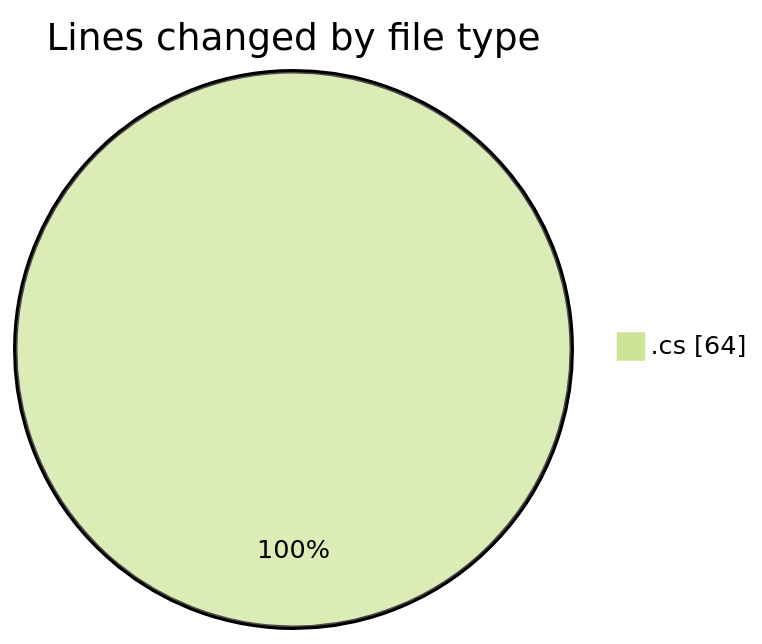
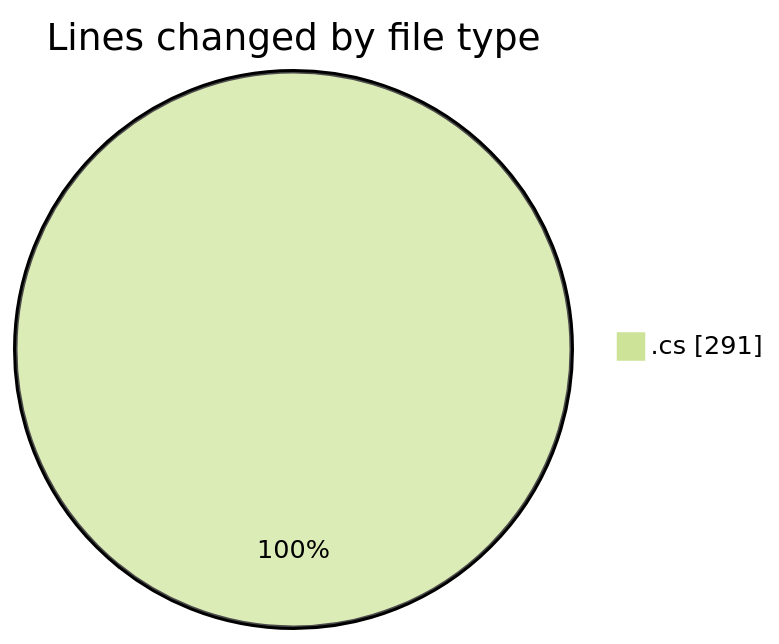
One commit to Netris89/code-tracking changed the first of 2 diagrams in 2025-04-05/back-end/README.md. Above: the diagram before and after it, drawn with Mermaid (forest theme). The commit also changed other lines of this file and 1 other file, not shown here.

````diff
--- a/2025-04-05/back-end/README.md
+++ b/2025-04-05/back-end/README.md
@@ -20,5 +21,5 @@
 ```mermaid
 pie showData
 title Lines changed by file type
-".cs" : 64
+".cs" : 291
 ```
````
